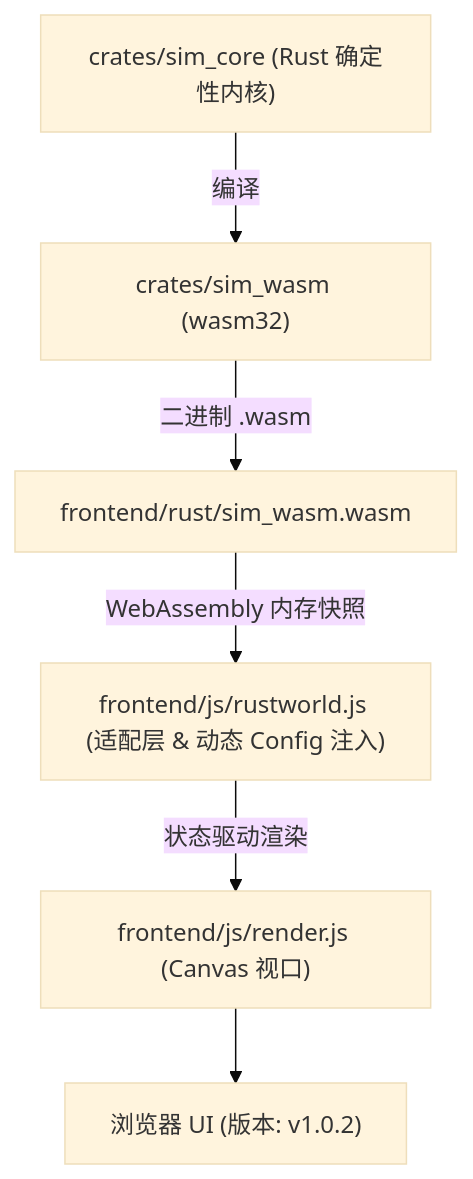
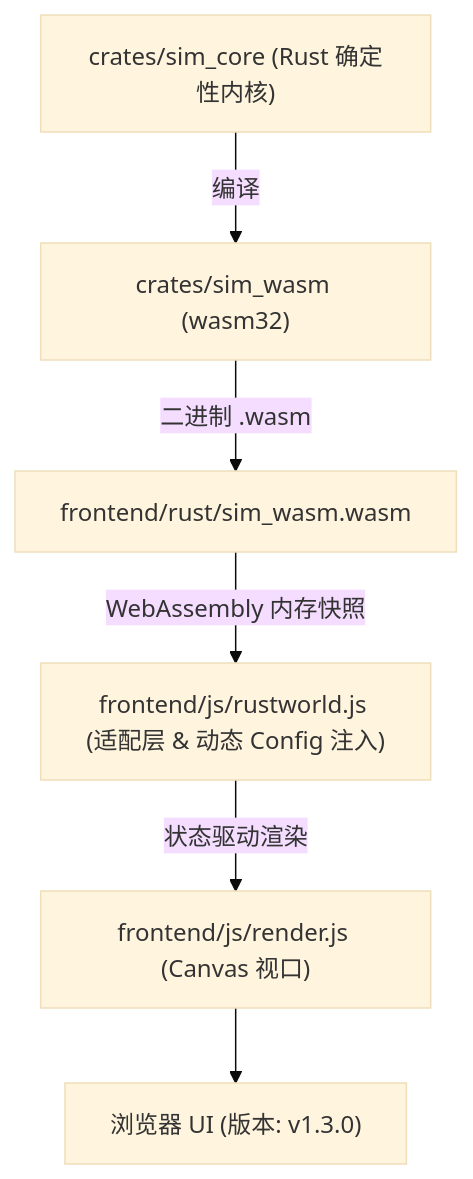
Before and after one commit to g39088902/FlowAndAccord: the diagram in AGENTS.md, drawn with Mermaid (base theme). The commit also changed other lines of this file and 30 other files, not shown here.

````diff
--- a/AGENTS.md
+++ b/AGENTS.md
@@ -46,8 +47,8 @@
 ```mermaid
 graph TD
     A["crates/sim_core (Rust 确定性内核)"] -->|编译| B["crates/sim_wasm (wasm32)"]
     B -->|二进制 .wasm| C["frontend/rust/sim_wasm.wasm"]
     C -->|WebAssembly 内存快照| D["frontend/js/rustworld.js (适配层 & 动态 Config 注入)"]
     D -->|状态驱动渲染| E["frontend/js/render.js (Canvas 视口)"]
-    E --> F["浏览器 UI (版本: v1.0.2)"]
+    E --> F["浏览器 UI (版本: v1.3.0)"]
 ```
````
